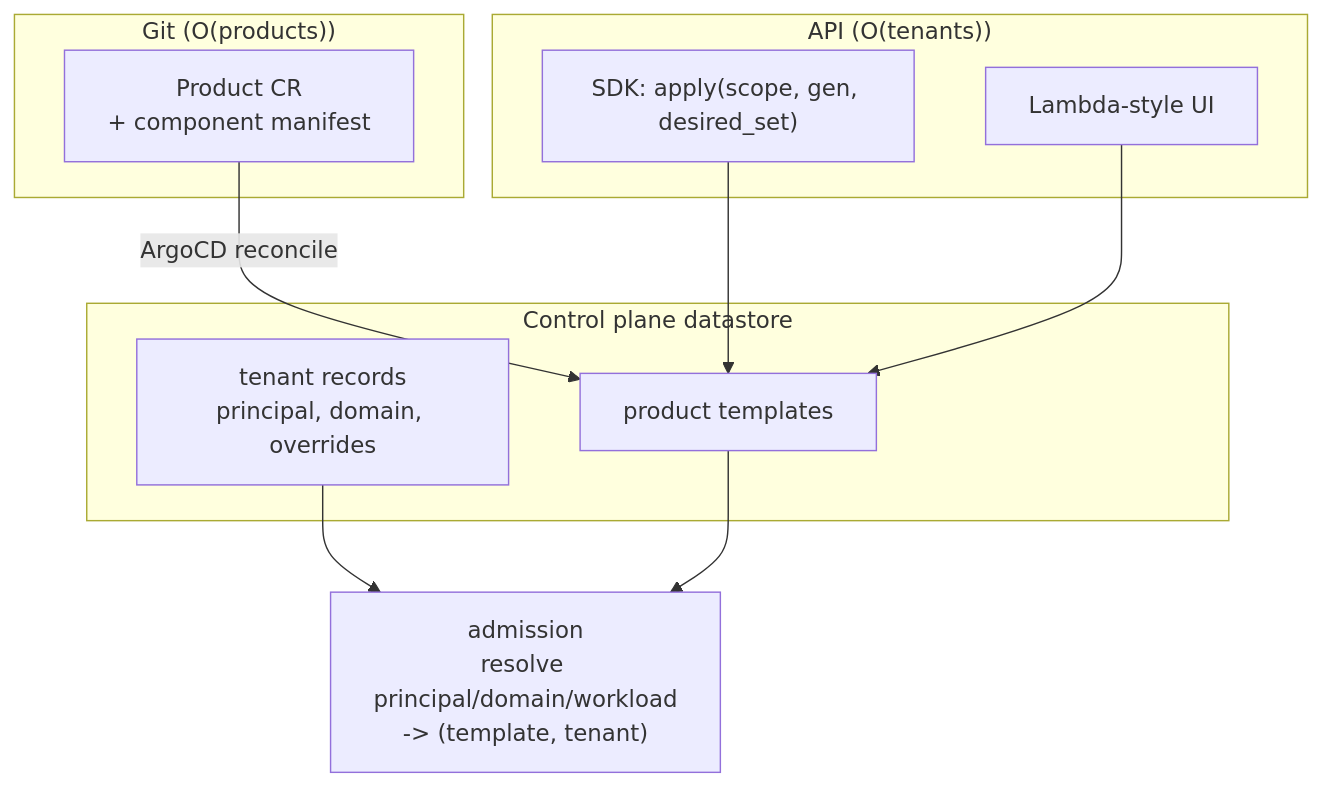
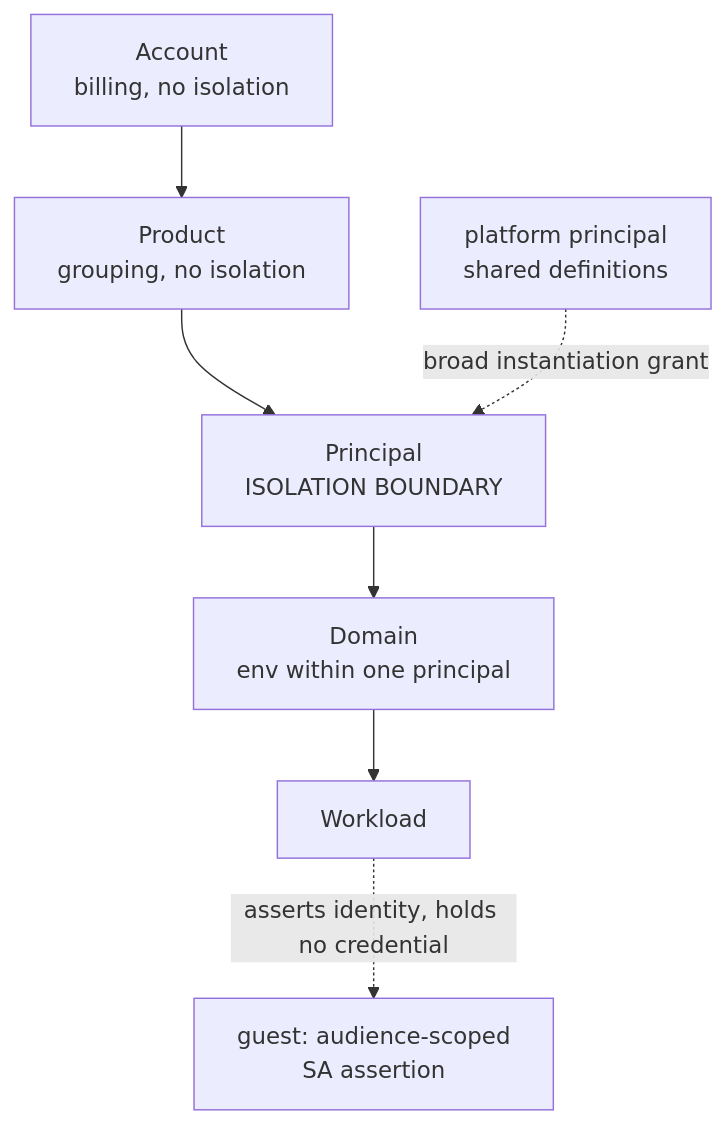
One commit to jomcgi-org/homelab changed the diagram in docs/decisions/embervm/024-identity-hierarchy-templates-and-registration.md. Above: the diagram before and after it, drawn with Mermaid. The commit also changed other lines of this file and 4 other files, not shown here.

````diff
--- a/docs/decisions/embervm/024-identity-hierarchy-templates-and-registration.md
+++ b/docs/decisions/embervm/024-identity-hierarchy-templates-and-registration.md
@@ -112,21 +71,14 @@
 ```mermaid
 graph TB
-    subgraph git["Git (O(products))"]
-        PCR["Product CR<br/>+ component manifest"]
-    end
-    subgraph api["API (O(tenants))"]
-        SDK["SDK: apply(scope, gen, desired_set)"]
-        UI["Lambda-style UI"]
-    end
-    subgraph cp["Control plane datastore"]
-        TPL["product templates"]
-        TEN["tenant records<br/>principal, domain, overrides"]
-    end
-    ADM["admission<br/>resolve principal/domain/workload<br/>-> (template, tenant)"]
+    ACC["Account<br/>billing, no isolation"]
+    PRD["Product<br/>grouping, no isolation"]
+    PRIN["Principal<br/>ISOLATION BOUNDARY"]
+    PLAT["platform principal<br/>shared definitions"]
+    DOM["Domain<br/>env within one principal"]
+    WL["Workload"]
+    SA["guest: audience-scoped<br/>SA assertion"]
 
-    PCR -->|ArgoCD reconcile| TPL
-    SDK --> TPL
-    UI --> TPL
-    TEN --> ADM
-    TPL --> ADM
+    ACC --> PRD --> PRIN --> DOM --> WL
+    PLAT -.broad instantiation grant.-> PRIN
+    WL -.asserts identity, holds no credential.-> SA
 ```
````
